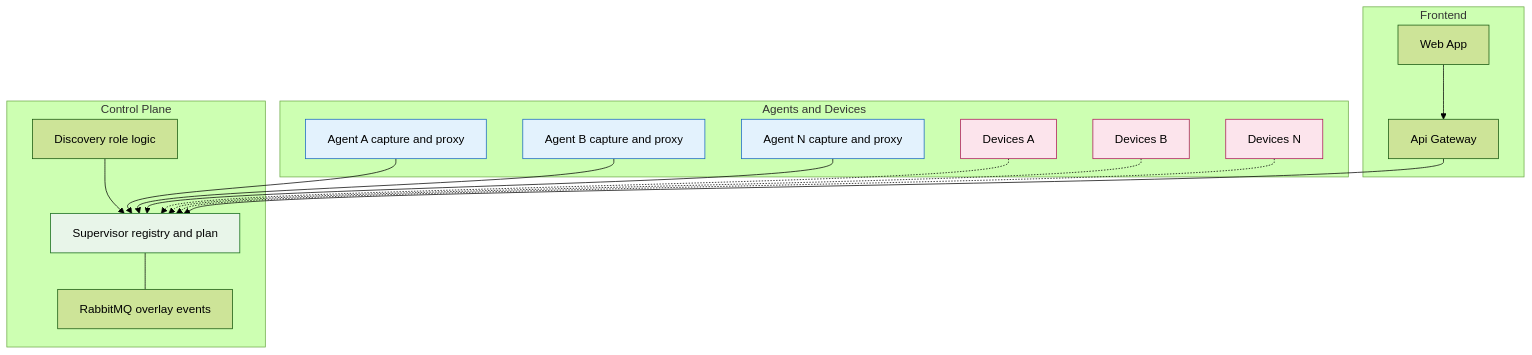
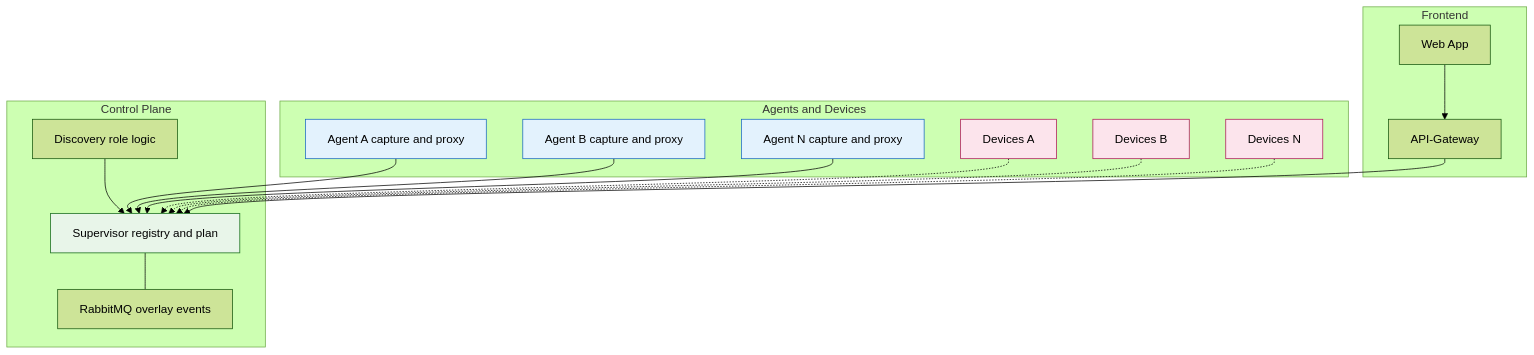
Before and after one commit to Cdaprod/ThatDAMToolbox: the diagram in docs/DIAGRAMS/bootstrap-architecture.mmd, drawn with Mermaid (forest theme). The commit also changed 9 other files, not shown here.

```diff
--- a/docs/DIAGRAMS/bootstrap-architecture.mmd
+++ b/docs/DIAGRAMS/bootstrap-architecture.mmd
@@ -1,48 +1,48 @@
 graph TD
 
   subgraph Control_Plane [Control Plane]
     SUP["Supervisor registry and plan"]
     DISC["Discovery role logic"]
     MQ["RabbitMQ overlay events"]
   end
 
   subgraph Frontend [Frontend]
     WEB["Web App"]
-    GW["Api Gateway"]
+    GW["API-Gateway"]
   end
 
   subgraph Agents [Agents and Devices]
     A1["Agent A capture and proxy"]
     A2["Agent B capture and proxy"]
     A3["Agent N capture and proxy"]
     DEV1["Devices A"]
     DEV2["Devices B"]
     DEVN["Devices N"]
   end
 
   %% Control wiring
   DISC --> SUP
   SUP --- MQ
 
   %% Agents to supervisor
   A1 --> SUP
   A2 --> SUP
   A3 --> SUP
 
   %% Devices contribute to logical pool
   DEV1 -.-> SUP
   DEV2 -.-> SUP
   DEVN -.-> SUP
 
   %% Frontend to control plane
   WEB --> GW
   GW --> SUP
 
   %% Styling minimal and safe
   style SUP fill:#e8f5e9,stroke:#2e7d32,stroke-width:1.2px
   style A1 fill:#e3f2fd,stroke:#1565c0
   style A2 fill:#e3f2fd,stroke:#1565c0
   style A3 fill:#e3f2fd,stroke:#1565c0
   style DEV1 fill:#fce4ec,stroke:#ad1457
   style DEV2 fill:#fce4ec,stroke:#ad1457
   style DEVN fill:#fce4ec,stroke:#ad1457
```
